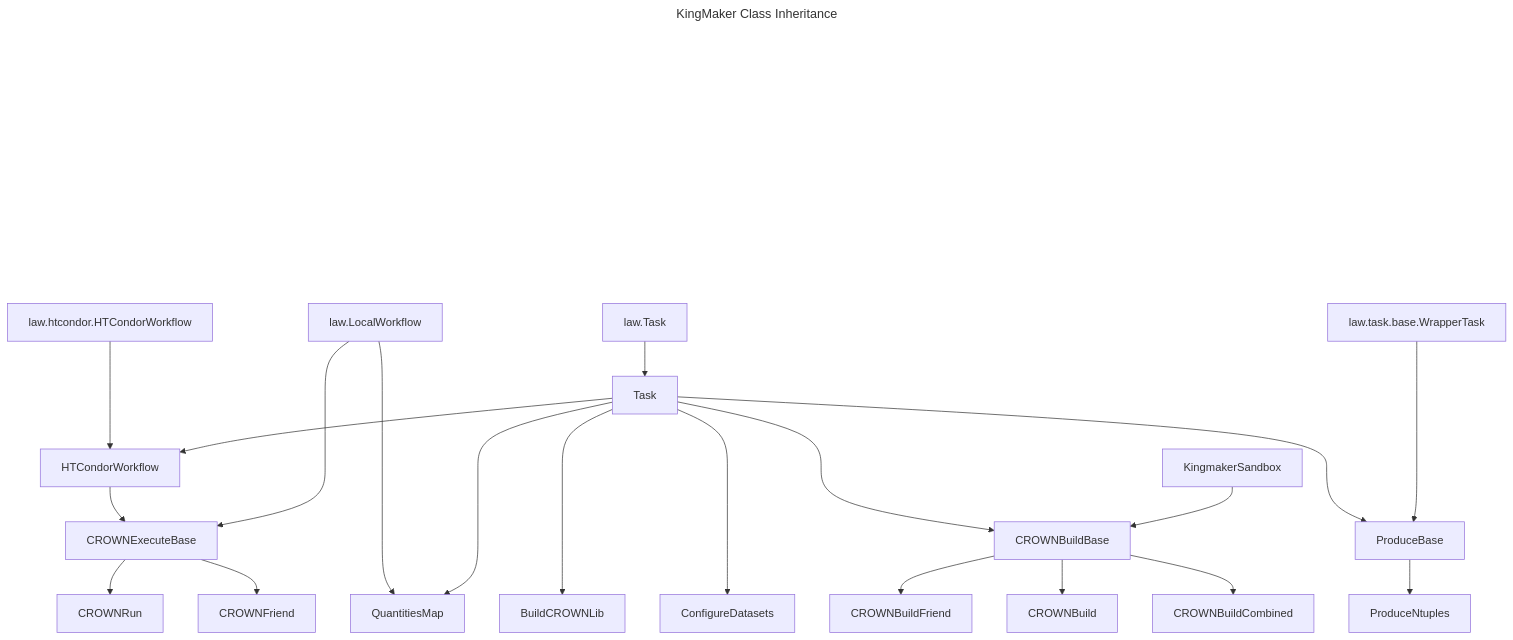
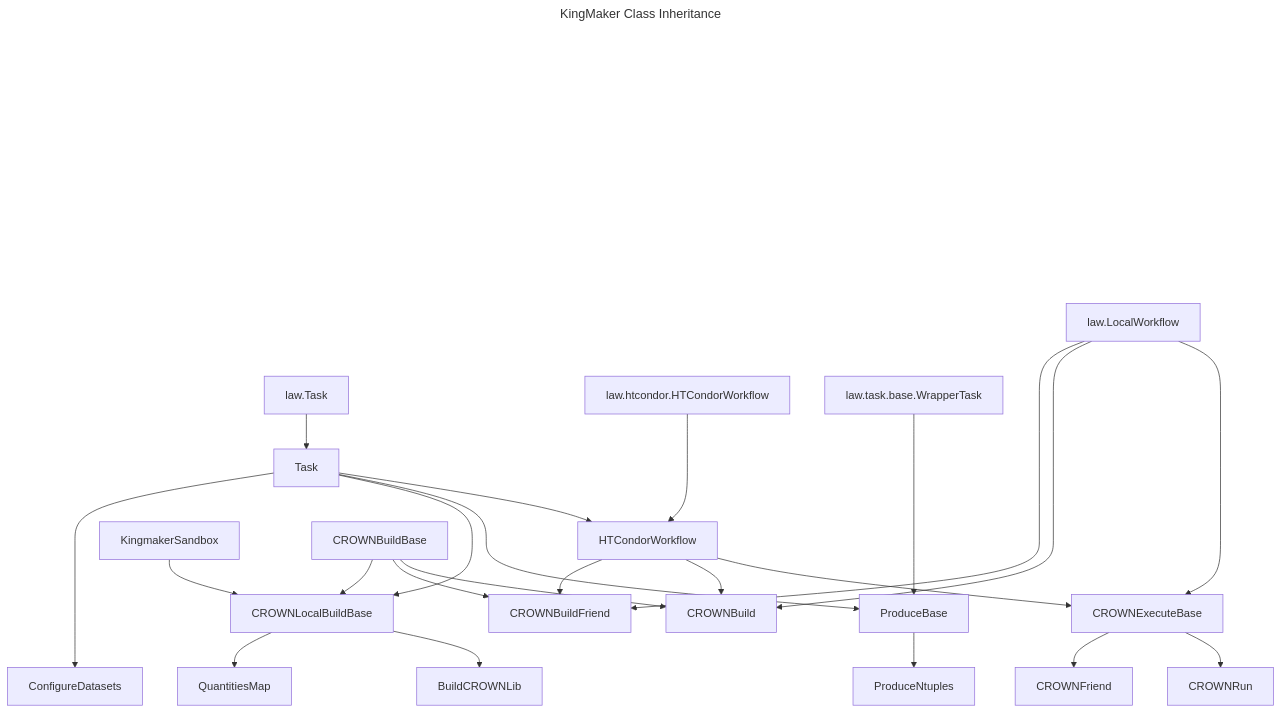
Before and after one commit to KIT-CMS/KingMaker: the diagram in processor/INHERITANCE_DIAGRAM.md, drawn with Mermaid. The commit also changed 9 other files, not shown here.

```diff
--- a/processor/INHERITANCE_DIAGRAM.md
+++ b/processor/INHERITANCE_DIAGRAM.md
@@ -26,6 +26,7 @@
   ProduceBase["ProduceBase"]
   CROWNExecuteBase["CROWNExecuteBase"]
   CROWNBuildBase["CROWNBuildBase"]
+  CROWNLocalBuildBase["CROWNLocalBuildBase"]
 
   %% Unified Production Task
   ProduceNtuples["ProduceNtuples"]
@@ -33,7 +34,6 @@
   %% CROWN Ntuple Production Tasks
   CROWNRun["CROWNRun"]
   ConfigureDatasets["ConfigureDatasets"]
-  CROWNBuildCombined["CROWNBuildCombined"]
   CROWNBuild["CROWNBuild"]
   BuildCROWNLib["BuildCROWNLib"]
 
@@ -49,21 +49,27 @@
   LawHTCondorWorkflow ---> HTCondorWorkflow
   Task --> HTCondorWorkflow
   HTCondorWorkflow --> CROWNExecuteBase
+  HTCondorWorkflow --> CROWNBuild
+  HTCondorWorkflow --> CROWNBuildFriend
 
   LawLocalWorkflow ----> CROWNExecuteBase
-  LawLocalWorkflow -----> QuantitiesMap
+  LawLocalWorkflow -----> CROWNBuild
+  LawLocalWorkflow -----> CROWNBuildFriend
 
-  Task ----> QuantitiesMap
+  Task ---> ProduceBase
 
-  Task ----> BuildCROWNLib
+  %% CROWNBuildBase is a plain mixin (params/helpers only, no Task/SandboxTask base
+  %% of its own) so it composes with either execution model below.
+  CROWNBuildBase --> CROWNBuild
+  CROWNBuildBase --> CROWNBuildFriend
+  CROWNBuildBase --> CROWNLocalBuildBase
+
+  KingmakerSandbox --> CROWNLocalBuildBase
+  Task --> CROWNLocalBuildBase
+  CROWNLocalBuildBase --> BuildCROWNLib
+  CROWNLocalBuildBase --> QuantitiesMap
+
   Task ----> ConfigureDatasets
-  Task ---> CROWNBuildBase
-  Task ---> ProduceBase
-  KingmakerSandbox --> CROWNBuildBase
-
-  CROWNBuildBase --> CROWNBuildFriend
-  CROWNBuildBase --> CROWNBuild
-  CROWNBuildBase --> CROWNBuildCombined
 
   ProduceBase --> ProduceNtuples
 
@@ -84,11 +90,11 @@
   click ProduceBase https://github.com/KIT-CMS/KingMaker/blob/main/processor/tasks/CROWNBase.py "https://github.com/KIT-CMS/KingMaker/blob/main/processor/tasks/CROWNBase.py"
   click CROWNExecuteBase https://github.com/KIT-CMS/KingMaker/blob/main/processor/tasks/CROWNBase.py "https://github.com/KIT-CMS/KingMaker/blob/main/processor/tasks/CROWNBase.py"
   click CROWNBuildBase https://github.com/KIT-CMS/KingMaker/blob/main/processor/tasks/CROWNBase.py "https://github.com/KIT-CMS/KingMaker/blob/main/processor/tasks/CROWNBase.py"
+  click CROWNLocalBuildBase https://github.com/KIT-CMS/KingMaker/blob/main/processor/tasks/CROWNBase.py "https://github.com/KIT-CMS/KingMaker/blob/main/processor/tasks/CROWNBase.py"
   
   click ProduceNtuples https://github.com/KIT-CMS/KingMaker/blob/main/processor/tasks/ProduceNtuples.py "https://github.com/KIT-CMS/KingMaker/blob/main/processor/tasks/ProduceNtuples.py"
   click CROWNRun https://github.com/KIT-CMS/KingMaker/blob/main/processor/tasks/CROWNMain.py "https://github.com/KIT-CMS/KingMaker/blob/main/processor/tasks/CROWNMain.py"
   click ConfigureDatasets https://github.com/KIT-CMS/KingMaker/blob/main/processor/tasks/CROWNMain.py "https://github.com/KIT-CMS/KingMaker/blob/main/processor/tasks/CROWNMain.py"
-  click CROWNBuildCombined https://github.com/KIT-CMS/KingMaker/blob/main/processor/tasks/CROWNMain.py "https://github.com/KIT-CMS/KingMaker/blob/main/processor/tasks/CROWNMain.py"
   click CROWNBuild https://github.com/KIT-CMS/KingMaker/blob/main/processor/tasks/CROWNMain.py "https://github.com/KIT-CMS/KingMaker/blob/main/processor/tasks/CROWNMain.py"
   click BuildCROWNLib https://github.com/KIT-CMS/KingMaker/blob/main/processor/tasks/CROWNMain.py "https://github.com/KIT-CMS/KingMaker/blob/main/processor/tasks/CROWNMain.py"
   
```
